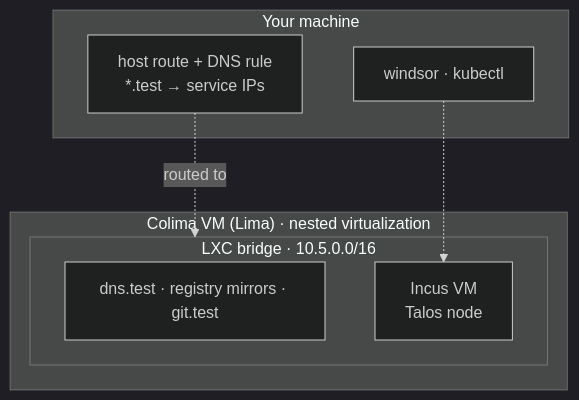
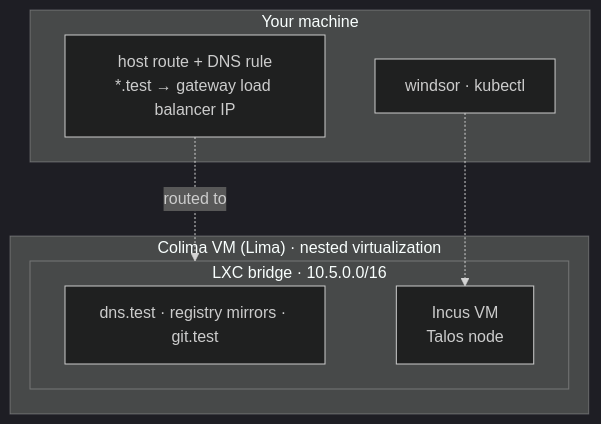
The diagram in content/workstation/colima-incus.md (windsorcli/docs), drawn with Mermaid (dark theme) before and after one commit. The commit also changed other lines of this file and 3 other files, not shown here.

Commit message:
docs: describe workstation services by load balancer IP and add runtime intros

````diff
--- a/content/workstation/colima-incus.md
+++ b/content/workstation/colima-incus.md
@@ -47,15 +47,15 @@
 ```mermaid
 flowchart TB
   subgraph Host["Your machine"]
     CLI["windsor · kubectl"]
-    Route["host route + DNS rule<br/>*.test → service IPs"]
+    Route["host route + DNS rule<br/>*.test → gateway load balancer IP"]
   end
   subgraph Lima["Colima VM (Lima) · nested virtualization"]
     subgraph Net["LXC bridge · 10.5.0.0/16"]
       Support["dns.test · registry mirrors · git.test"]
       Node["Incus VM<br/>Talos node"]
     end
   end
   Route -.->|routed to| Net
   CLI -.-> Node
 ```
````
